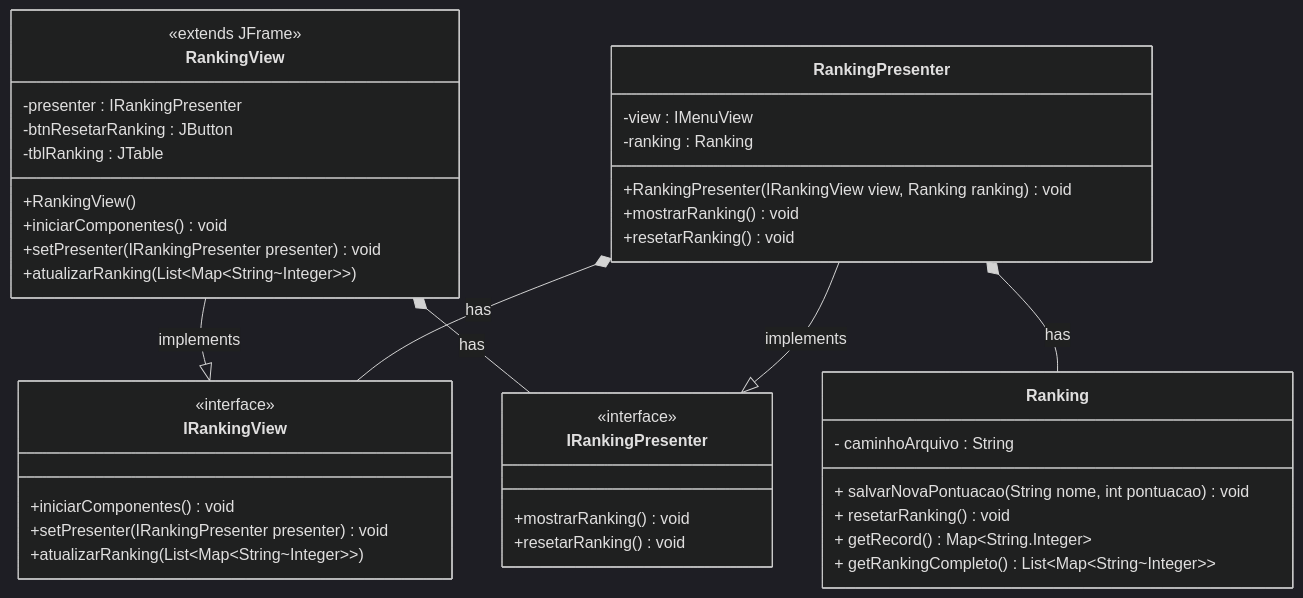
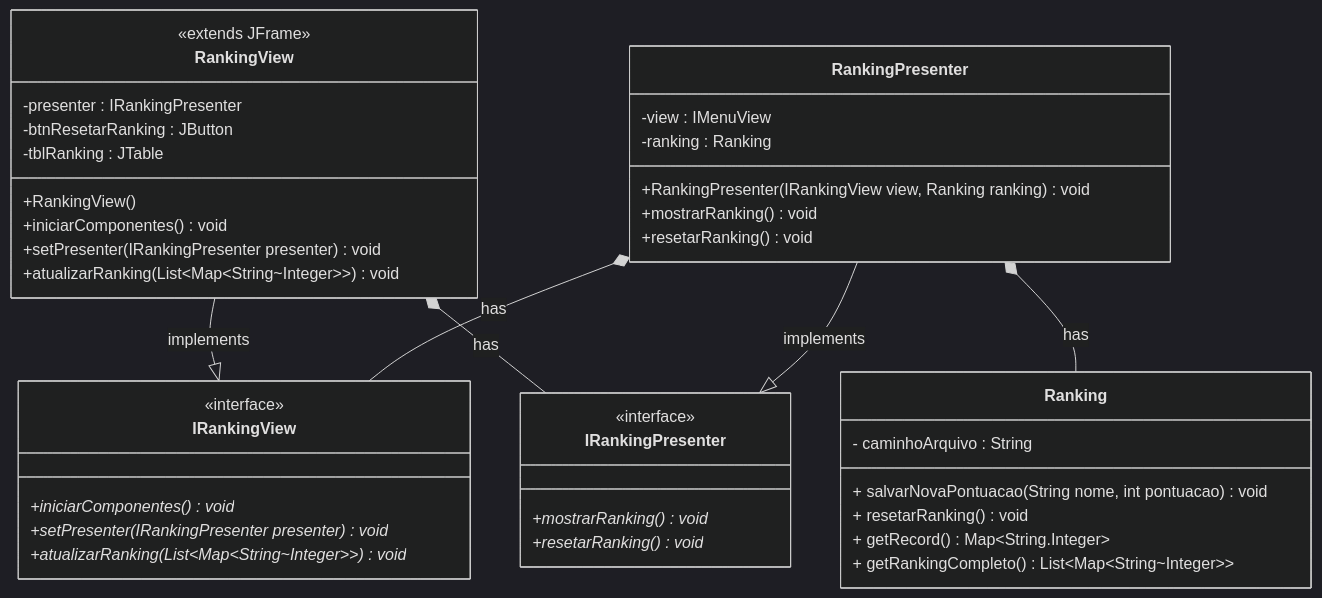
Before and after one commit to lucasttmz/jogo-reciclagem-aps: the first of 2 diagrams in docs/DiagramaRanking.md, drawn with Mermaid (dark theme). The commit also changed 4 other files, not shown here.

Commit message:
Alteracoes do modelo refletidas nos diagramas

````diff
--- a/docs/DiagramaRanking.md
+++ b/docs/DiagramaRanking.md
@@ -3,46 +3,46 @@
 ```mermaid
 classDiagram 
 
 RankingView --|> IRankingView : implements
 RankingView *-- IRankingPresenter : has
 RankingPresenter *-- Ranking : has
 RankingPresenter --|> IRankingPresenter : implements
 RankingPresenter *-- IRankingView : has
 
 class Ranking{
     - caminhoArquivo : String
     + salvarNovaPontuacao(String nome, int pontuacao) void
     + resetarRanking() void
     + getRecord() Map~String.Integer~
     + getRankingCompleto() List~Map~String~Integer~~
 }
 class RankingView{ 
     <<extends JFrame>>
     -presenter : IRankingPresenter
     -btnResetarRanking : JButton
     -tblRanking : JTable
     +RankingView()
     +iniciarComponentes() void
     +setPresenter(IRankingPresenter presenter) void
-    +atualizarRanking(List~Map~String~Integer~~)
+    +atualizarRanking(List~Map~String~Integer~~) void
 } 
 class IRankingView{ 
     <<interface>>
-    +iniciarComponentes() void
-    +setPresenter(IRankingPresenter presenter) void
-    +atualizarRanking(List~Map~String~Integer~~)
+    +iniciarComponentes()* void
+    +setPresenter(IRankingPresenter presenter)* void
+    +atualizarRanking(List~Map~String~Integer~~)* void
 }
 class RankingPresenter{
     -view : IMenuView
     -ranking : Ranking
     +RankingPresenter(IRankingView view, Ranking ranking) void
     +mostrarRanking() void
     +resetarRanking() void
 }
 class IRankingPresenter{
     <<interface>>
-    +mostrarRanking() void
-    +resetarRanking() void
+    +mostrarRanking()* void
+    +resetarRanking()* void
 }
 
 ```
````
